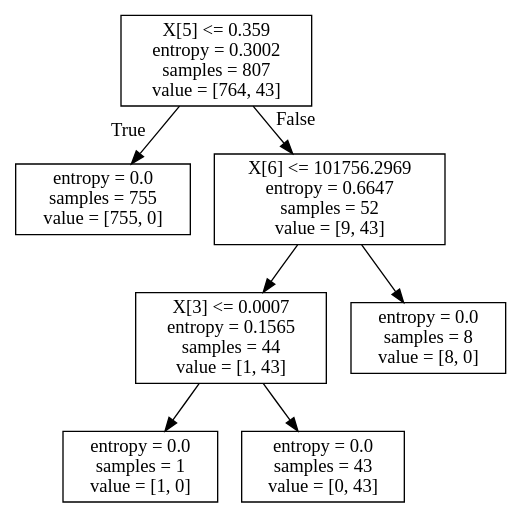
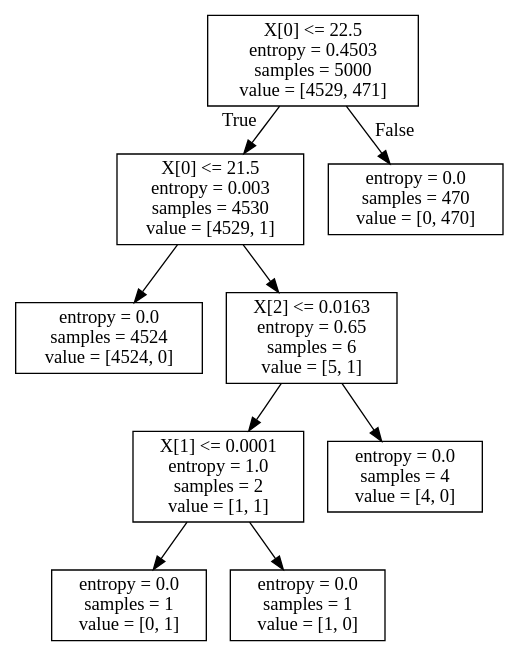
The diagram in DecisionTree.dot (imwack/facebook), drawn with Graphviz before and after one commit. The commit also changed 16 other files, not shown here.

Commit message:
random graph 10000 nodes

```diff
--- a/DecisionTree.dot
+++ b/DecisionTree.dot
@@ -1,16 +1,20 @@
 digraph Tree {
 node [shape=box] ;
-0 [label="X[5] <= 0.359\nentropy = 0.3002\nsamples = 807\nvalue = [764, 43]"] ;
-1 [label="entropy = 0.0\nsamples = 755\nvalue = [755, 0]"] ;
+0 [label="X[0] <= 22.5\nentropy = 0.4503\nsamples = 5000\nvalue = [4529, 471]"] ;
+1 [label="X[0] <= 21.5\nentropy = 0.003\nsamples = 4530\nvalue = [4529, 1]"] ;
 0 -> 1 [labeldistance=2.5, labelangle=45, headlabel="True"] ;
-2 [label="X[6] <= 101756.2969\nentropy = 0.6647\nsamples = 52\nvalue = [9, 43]"] ;
-0 -> 2 [labeldistance=2.5, labelangle=-45, headlabel="False"] ;
-3 [label="X[3] <= 0.0007\nentropy = 0.1565\nsamples = 44\nvalue = [1, 43]"] ;
-2 -> 3 ;
-4 [label="entropy = 0.0\nsamples = 1\nvalue = [1, 0]"] ;
+2 [label="entropy = 0.0\nsamples = 4524\nvalue = [4524, 0]"] ;
+1 -> 2 ;
+3 [label="X[2] <= 0.0163\nentropy = 0.65\nsamples = 6\nvalue = [5, 1]"] ;
+1 -> 3 ;
+4 [label="X[1] <= 0.0001\nentropy = 1.0\nsamples = 2\nvalue = [1, 1]"] ;
 3 -> 4 ;
-5 [label="entropy = 0.0\nsamples = 43\nvalue = [0, 43]"] ;
-3 -> 5 ;
-6 [label="entropy = 0.0\nsamples = 8\nvalue = [8, 0]"] ;
-2 -> 6 ;
+5 [label="entropy = 0.0\nsamples = 1\nvalue = [0, 1]"] ;
+4 -> 5 ;
+6 [label="entropy = 0.0\nsamples = 1\nvalue = [1, 0]"] ;
+4 -> 6 ;
+7 [label="entropy = 0.0\nsamples = 4\nvalue = [4, 0]"] ;
+3 -> 7 ;
+8 [label="entropy = 0.0\nsamples = 470\nvalue = [0, 470]"] ;
+0 -> 8 [labeldistance=2.5, labelangle=-45, headlabel="False"] ;
 }
```
